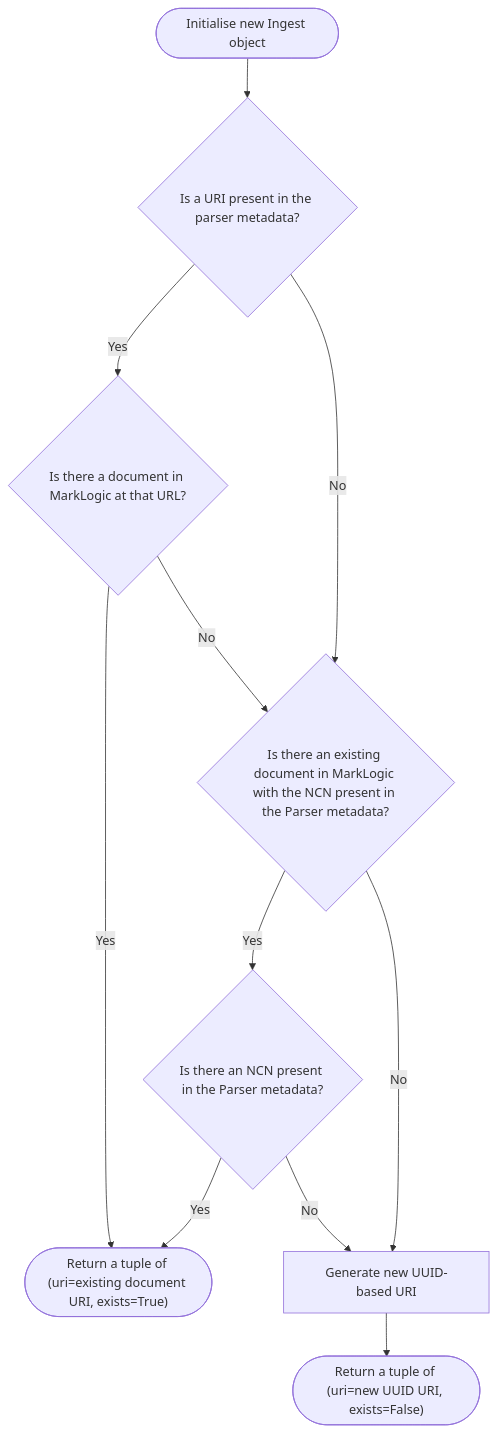
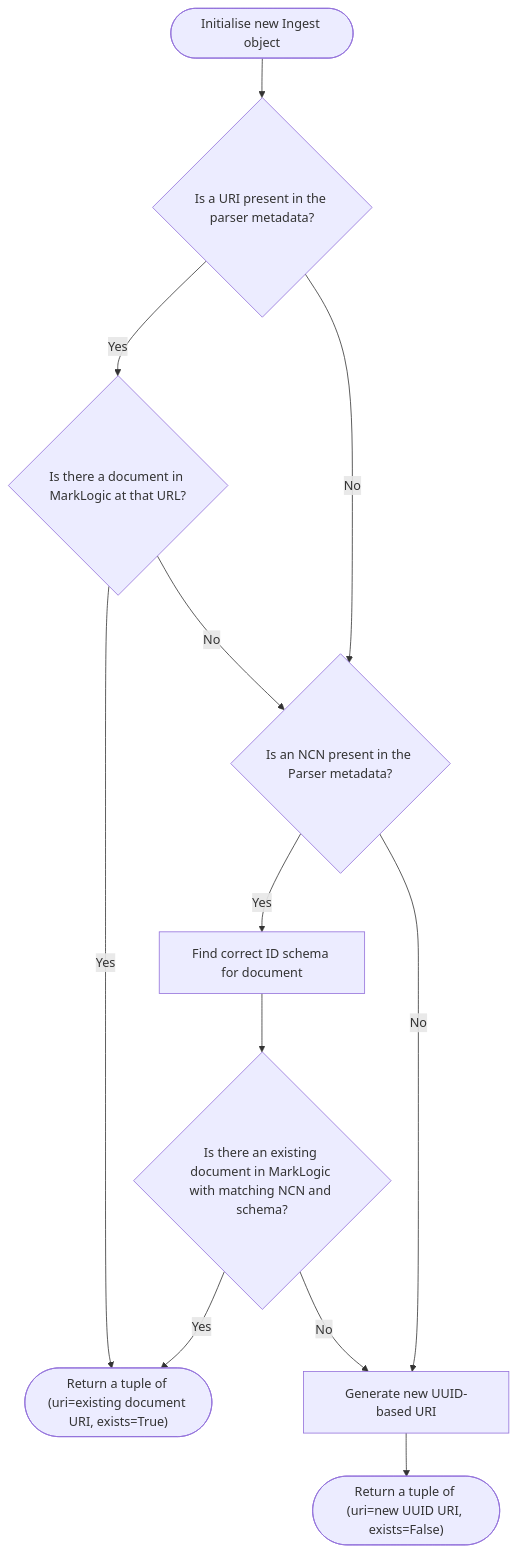
Before and after one commit to nationalarchives/ds-caselaw-ingester: the diagram in docs/uri_logic.md, drawn with Mermaid.

Commit message:
Update flowchart with correct logic

````diff
--- a/docs/uri_logic.md
+++ b/docs/uri_logic.md
@@ -7,39 +7,41 @@
 ```mermaid
 flowchart TD
 
     INIT([Initialise new Ingest object])
 
     INIT --> URI_IN_PARSER_METADATA
 
     URI_IN_PARSER_METADATA{Is a URI present in the parser metadata?}
 
     URI_IN_PARSER_METADATA -- Yes --> EXISTING_DOCUMENT_AT_URI
 
     EXISTING_DOCUMENT_AT_URI{Is there a document in MarkLogic at that URL?}
 
     EXISTING_DOCUMENT_AT_URI -- Yes --> SET_URI_TO_EXISTING_DOC
 
+    URI_IN_PARSER_METADATA -- No --> NCN_IN_PARSER_METADATA
+    EXISTING_DOCUMENT_AT_URI -- No --> NCN_IN_PARSER_METADATA
 
+    NCN_IN_PARSER_METADATA{Is an NCN present in the Parser metadata?}
 
-    URI_IN_PARSER_METADATA -- No --> DOCUMENT_HAS_NCN
-    EXISTING_DOCUMENT_AT_URI -- No --> DOCUMENT_HAS_NCN
+    NCN_IN_PARSER_METADATA -- Yes --> FIND_DOCUMENT_ID_SCHEMA
 
-    DOCUMENT_HAS_NCN{Is there an existing document in MarkLogic with the NCN present in the Parser metadata?}
+    FIND_DOCUMENT_ID_SCHEMA[Find correct ID schema for document]
 
-    DOCUMENT_HAS_NCN -- Yes --> EXISTING_DOCUMENT_AT_NCN
+    FIND_DOCUMENT_ID_SCHEMA --> EXISTING_DOCUMENT_AT_NCN
 
-    EXISTING_DOCUMENT_AT_NCN{Is there an NCN present in the Parser metadata?}
+    EXISTING_DOCUMENT_AT_NCN{Is there an existing document in MarkLogic with matching NCN and schema?}
 
     EXISTING_DOCUMENT_AT_NCN -- Yes --> SET_URI_TO_EXISTING_DOC
 
     SET_URI_TO_EXISTING_DOC(["Return a tuple of (uri=existing document URI, exists=True)"])
 
-    DOCUMENT_HAS_NCN -- No --> GENERATE_UUID_URI
+    NCN_IN_PARSER_METADATA -- No --> GENERATE_UUID_URI
 
     EXISTING_DOCUMENT_AT_NCN -- No --> GENERATE_UUID_URI
 
     GENERATE_UUID_URI[Generate new UUID-based URI]
     GENERATE_UUID_URI --> SET_URI_TO_UUID
     SET_URI_TO_UUID(["Return a tuple of (uri=new UUID URI, exists=False)"])
 
 ```
````
